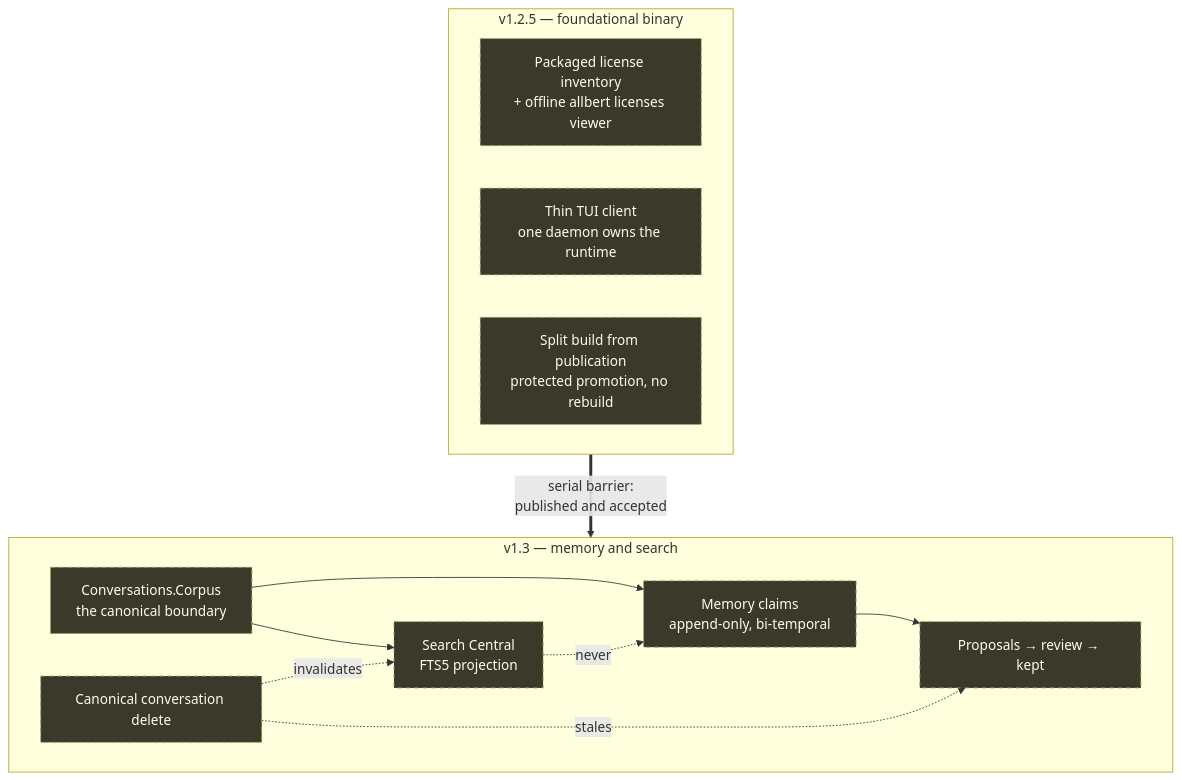
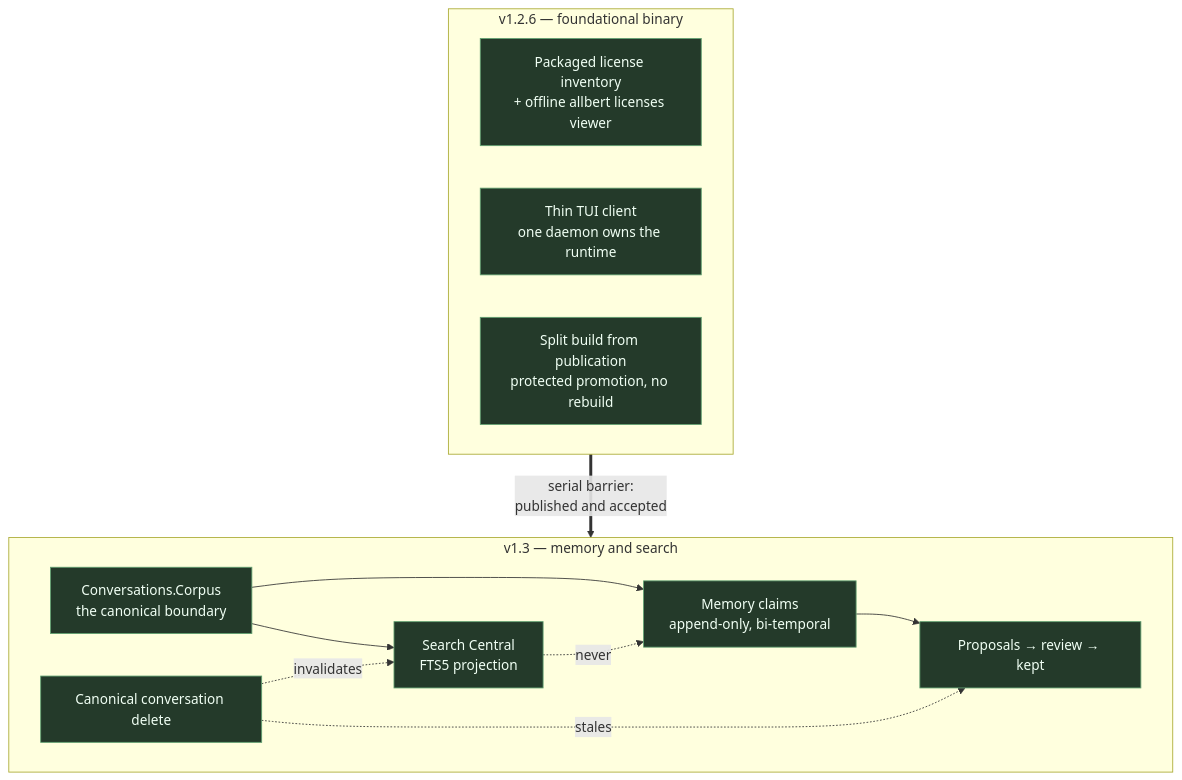
One commit to lexlapax/allbert-assist changed the seventh of 7 diagrams in docs/design/architecture-diagrams.md. Above: the diagram before and after it, drawn with Mermaid. The commit also changed other lines of this file and 29 other files, not shown here.

````diff
--- a/docs/design/architecture-diagrams.md
+++ b/docs/design/architecture-diagrams.md
@@ -337,28 +337,28 @@
 ```mermaid
 flowchart TB
-    subgraph V121["v1.2.5 — foundational binary"]
+    subgraph V121["v1.2.6 — foundational binary"]
         LIC["Packaged license inventory<br/>+ offline allbert licenses viewer"]
         THIN["Thin TUI client<br/>one daemon owns the runtime"]
         PROMO["Split build from publication<br/>protected promotion, no rebuild"]
     end
 
     subgraph V13["v1.3 — memory and search"]
         CORPUS["Conversations.Corpus<br/>the canonical boundary"]
         CLAIMS["Memory claims<br/>append-only, bi-temporal"]
         PROP["Proposals → review → kept"]
         SEARCH["Search Central<br/>FTS5 projection"]
         DEL["Canonical conversation delete"]
     end
 
     V121 ==>|serial barrier:<br/>published and accepted| V13
 
     CORPUS --> CLAIMS
     CORPUS --> SEARCH
     CLAIMS --> PROP
     DEL -.invalidates.-> SEARCH
     DEL -.stales.-> PROP
     SEARCH -.->|never| CLAIMS
 
-    classDef planned stroke-dasharray: 5 5,fill:#3a3a2a,stroke:#a0a060,color:#fffce8
-    class LIC,THIN,PROMO,CORPUS,CLAIMS,PROP,SEARCH,DEL planned
+    classDef shipped fill:#243a2a,stroke:#60a070,color:#f0fff4
+    class LIC,THIN,PROMO,CORPUS,CLAIMS,PROP,SEARCH,DEL shipped
 ```
````
